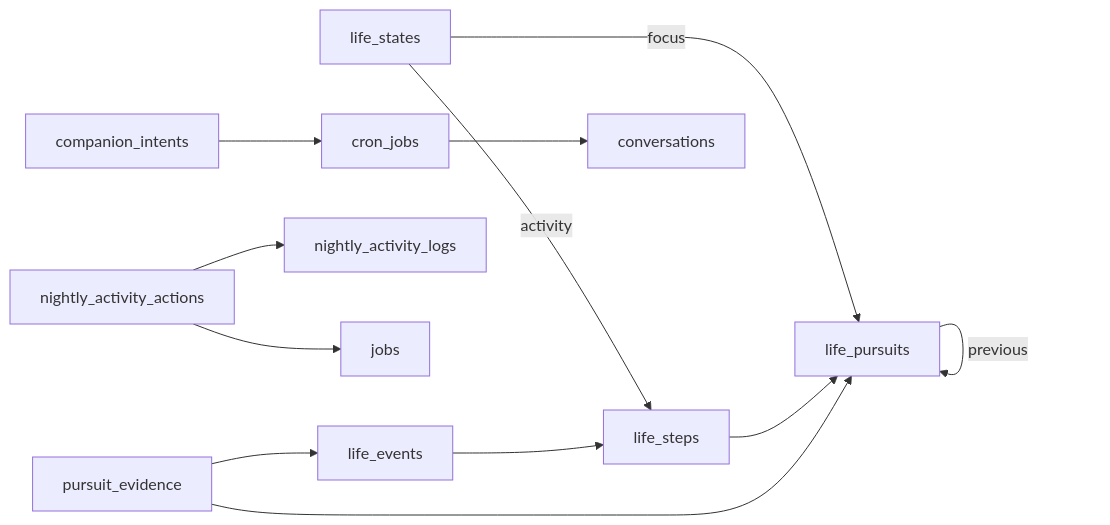
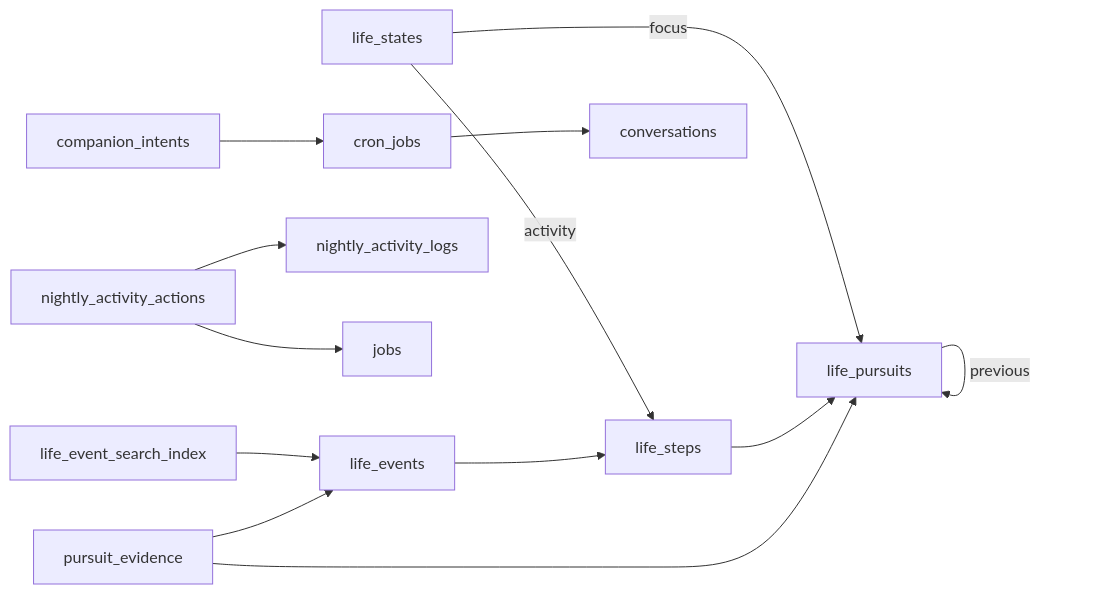
Before and after one commit to yangjinming1062/SpiritAgent: the seventh of 8 diagrams in docs/DATABASE.md, drawn with Mermaid. The commit also changed other lines of this file and 104 other files, not shown here.

````diff
--- a/docs/DATABASE.md
+++ b/docs/DATABASE.md
@@ -128,14 +129,15 @@
 ```mermaid
 flowchart LR
     life_states -->|focus| life_pursuits
     life_states -->|activity| life_steps
     life_pursuits -->|previous| life_pursuits
     life_steps --> life_pursuits
+    life_event_search_index --> life_events
     life_events --> life_steps
     pursuit_evidence --> life_pursuits
     pursuit_evidence --> life_events
     nightly_activity_actions --> nightly_activity_logs
     nightly_activity_actions --> jobs
     cron_jobs --> conversations
     companion_intents --> cron_jobs
 ```
````
